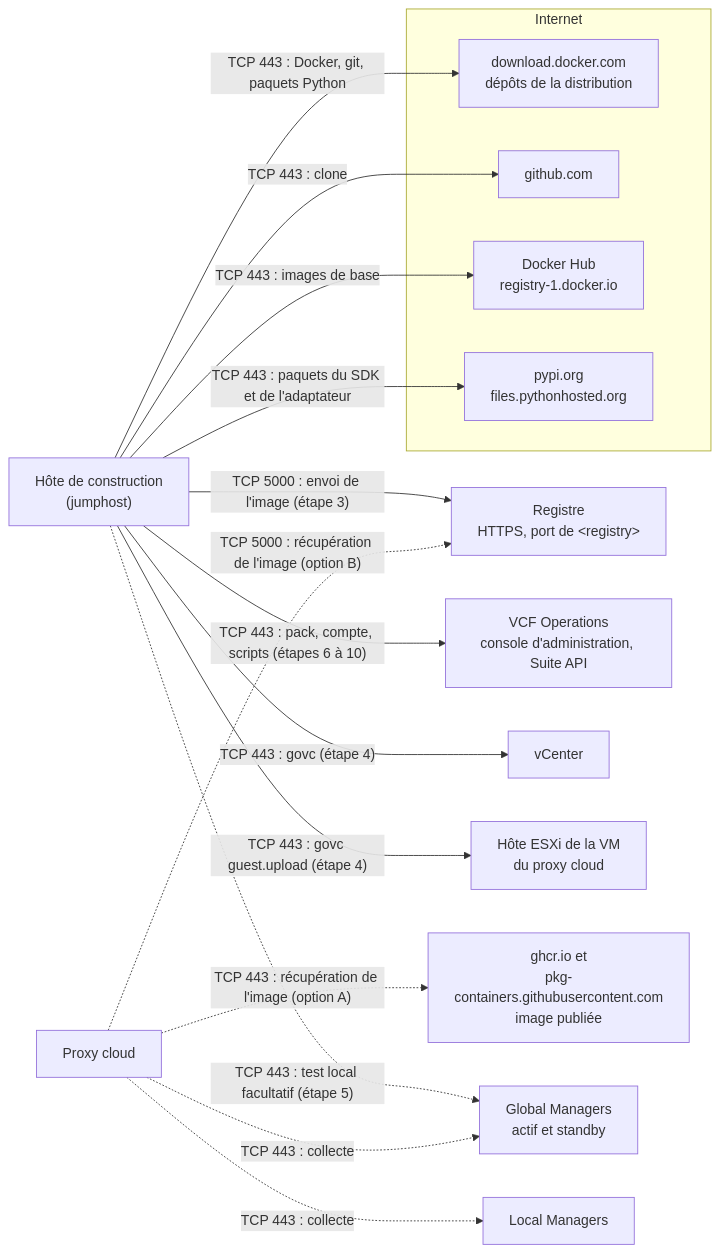
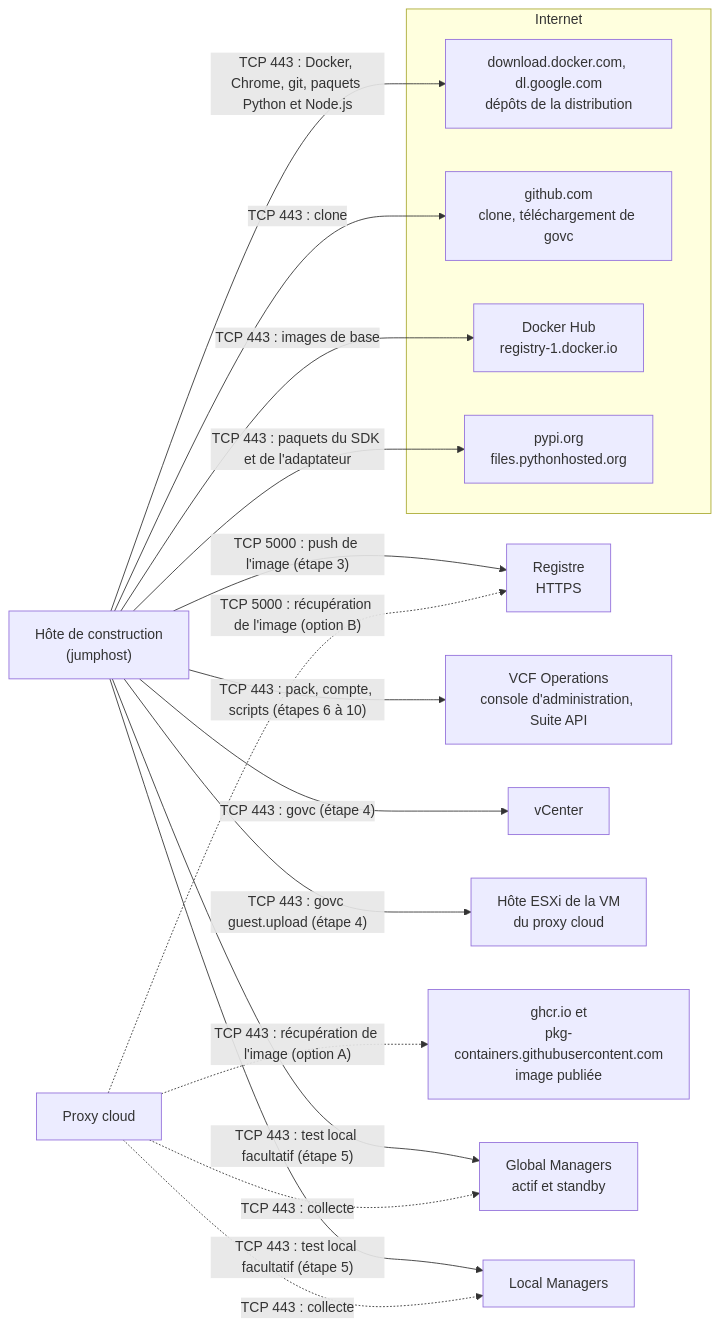
One commit to sorinplaton/vcf-ops-nsx-federation-mp changed the first of 3 diagrams in docs/INSTALL.fr.md. Above: the diagram before and after it, drawn with Mermaid. The commit also changed other lines of this file and 8 other files, not shown here.

First line of the commit message:
1.13.2: install guide flow fixes, fuller explanations, network drawings

````diff
--- a/docs/INSTALL.fr.md
+++ b/docs/INSTALL.fr.md
@@ -43,32 +72,33 @@
 ```mermaid
 flowchart LR
   subgraph NET["Internet"]
-    PKG["download.docker.com<br/>dépôts de la distribution"]
-    GH["github.com"]
+    PKG["download.docker.com, dl.google.com<br/>dépôts de la distribution"]
+    GH["github.com<br/>clone, téléchargement de govc"]
     HUB["Docker Hub<br/>registry-1.docker.io"]
     PYPI["pypi.org<br/>files.pythonhosted.org"]
   end
   BH["Hôte de construction<br/>(jumphost)"]
-  REG["Registre<br/>HTTPS, port de &lt;registry&gt;"]
+  REG["Registre<br/>HTTPS"]
   OPS["VCF Operations<br/>console d'administration, Suite API"]
   VC["vCenter"]
   ESX["Hôte ESXi de la VM<br/>du proxy cloud"]
   CP["Proxy cloud"]
   GHCR["ghcr.io et<br/>pkg-containers.githubusercontent.com<br/>image publiée"]
   GM["Global Managers<br/>actif et standby"]
   LM["Local Managers"]
 
-  BH -->|"TCP 443 : Docker, git, paquets Python"| PKG
+  BH -->|"TCP 443 : Docker, Chrome, git, paquets Python et Node.js"| PKG
   BH -->|"TCP 443 : clone"| GH
   BH -->|"TCP 443 : images de base"| HUB
   BH -->|"TCP 443 : paquets du SDK et de l'adaptateur"| PYPI
-  BH -->|"TCP 5000 : envoi de l'image (étape 3)"| REG
+  BH -->|"TCP 5000 : push de l'image (étape 3)"| REG
   BH -->|"TCP 443 : pack, compte, scripts (étapes 6 à 10)"| OPS
   BH -->|"TCP 443 : govc (étape 4)"| VC
   BH -->|"TCP 443 : govc guest.upload (étape 4)"| ESX
-  BH -.->|"TCP 443 : test local facultatif (étape 5)"| GM
+  BH -->|"TCP 443 : test local facultatif (étape 5)"| GM
+  BH -->|"TCP 443 : test local facultatif (étape 5)"| LM
   CP -.->|"TCP 5000 : récupération de l'image (option B)"| REG
   CP -.->|"TCP 443 : récupération de l'image (option A)"| GHCR
   CP -.->|"TCP 443 : collecte"| GM
   CP -.->|"TCP 443 : collecte"| LM
 ```
````
